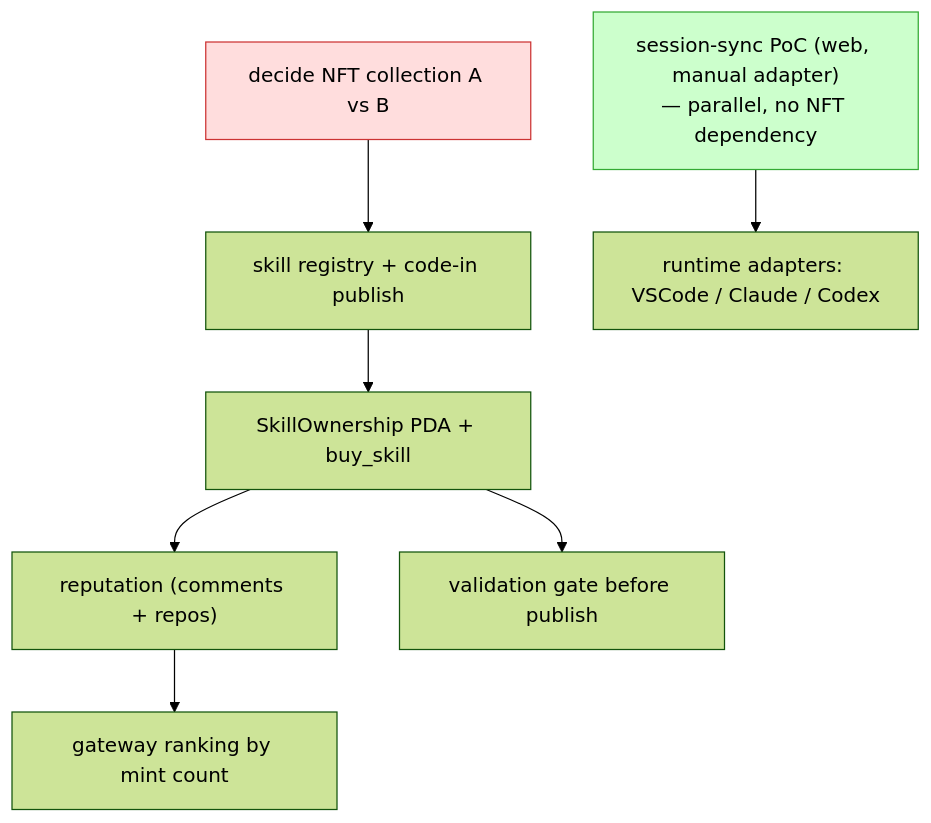
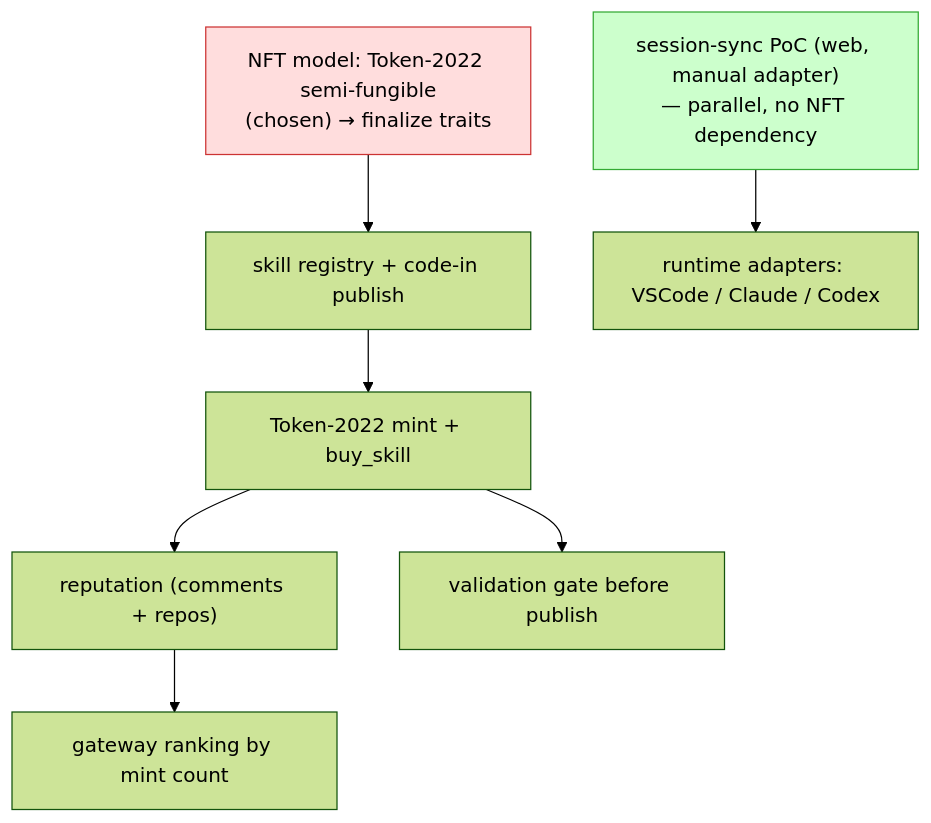
The third of 3 diagrams in plans/00-overview.md (IQCoreTeam/AgentNet), drawn with Mermaid (forest theme) before and after one commit. The commit also changed other lines of this file and 5 other files, not shown here.

First line of the commit message:
Adopt Token-2022 semi-fungible as the NFT model; drop custom SkillOwnership PDA

````diff
--- a/plans/00-overview.md
+++ b/plans/00-overview.md
@@ -202,12 +207,12 @@
 ```mermaid
 flowchart TB
-    D["decide NFT collection A vs B"] --> P1
+    D["NFT model: Token-2022 semi-fungible<br/>(chosen) → finalize traits"] --> P1
     SS["session-sync PoC (web, manual adapter)<br/>— parallel, no NFT dependency"]
-    P1["skill registry + code-in publish"] --> P2["SkillOwnership PDA + buy_skill"]
+    P1["skill registry + code-in publish"] --> P2["Token-2022 mint + buy_skill"]
     P2 --> P3["reputation (comments + repos)"]
     P2 --> P4["validation gate before publish"]
     SS --> R1["runtime adapters: VSCode / Claude / Codex"]
     P3 --> RANK["gateway ranking by mint count"]
     style D fill:#fdd,stroke:#c33
     style SS fill:#cfc,stroke:#3a3
 ```
````
